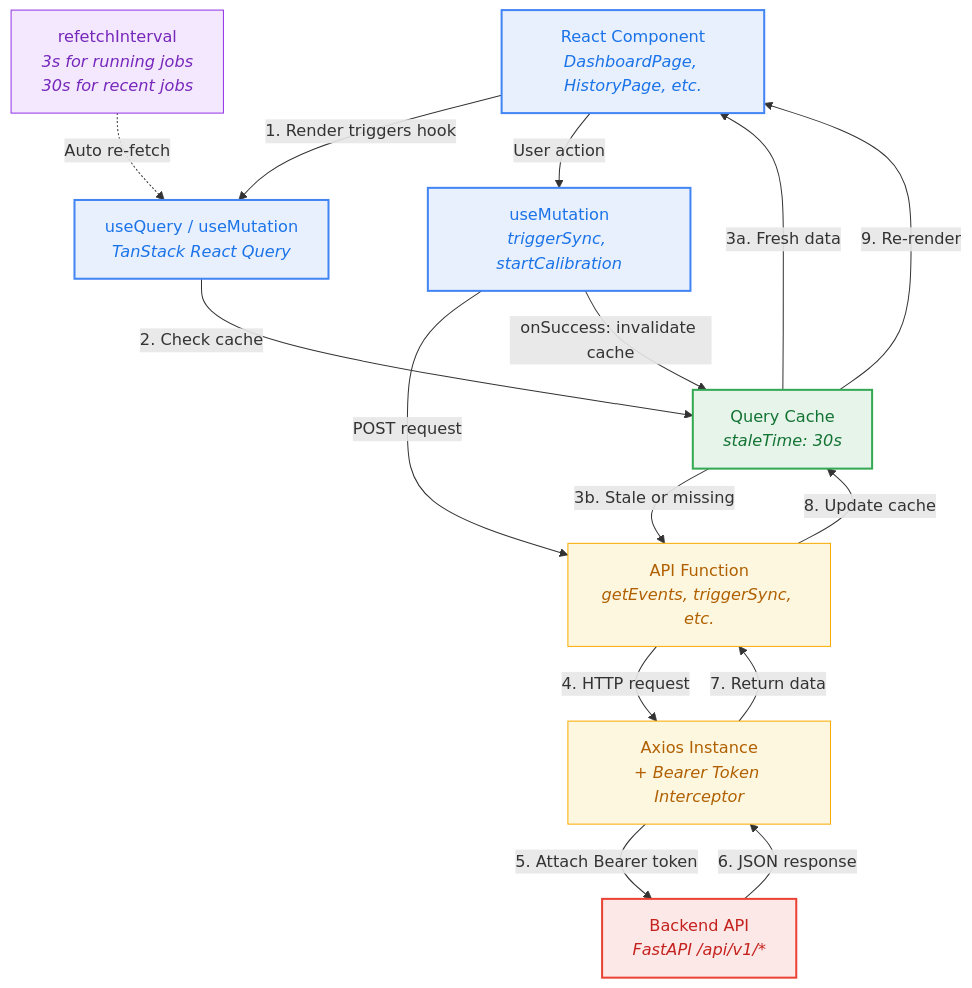
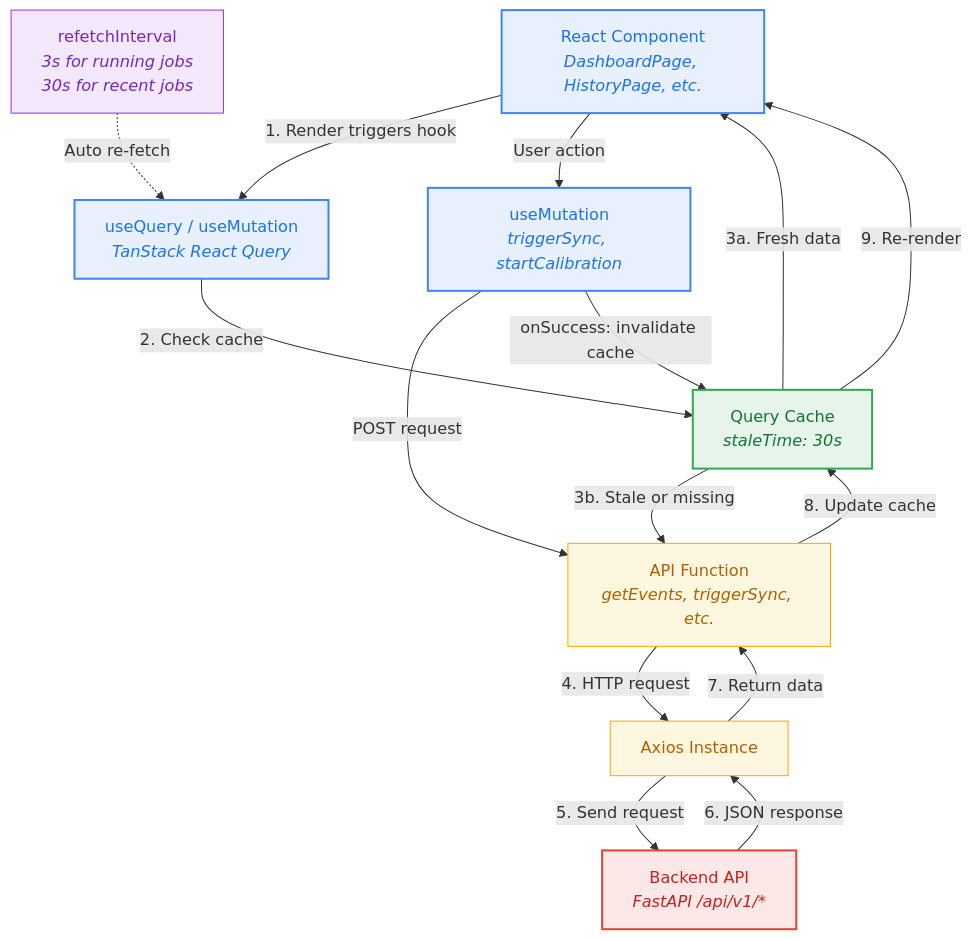
One commit to jaalduna/sql-databricks-bridge changed the diagram in docs/diagrams/frontend/frontend-react-query-flow.mmd. Above: the diagram before and after it, drawn with Mermaid. The commit also changed 10 other files, not shown here.

First line of the commit message:
docs: update backend and frontend documentation, remove obsolete diagrams

```diff
--- a/docs/diagrams/frontend/frontend-react-query-flow.mmd
+++ b/docs/diagrams/frontend/frontend-react-query-flow.mmd
@@ -1,40 +1,40 @@
 flowchart TD
     Comp["React Component<br/><i>DashboardPage, HistoryPage, etc.</i>"]
     Hook["useQuery / useMutation<br/><i>TanStack React Query</i>"]
     Cache["Query Cache<br/><i>staleTime: 30s</i>"]
     ApiFn["API Function<br/><i>getEvents, triggerSync, etc.</i>"]
-    Axios["Axios Instance<br/><i>+ Bearer Token Interceptor</i>"]
+    Axios["Axios Instance"]
     Backend["Backend API<br/><i>FastAPI /api/v1/*</i>"]
 
     Comp -->|"1. Render triggers hook"| Hook
     Hook -->|"2. Check cache"| Cache
 
     Cache -->|"3a. Fresh data"| Comp
     Cache -->|"3b. Stale or missing"| ApiFn
 
     ApiFn -->|"4. HTTP request"| Axios
-    Axios -->|"5. Attach Bearer token"| Backend
+    Axios -->|"5. Send request"| Backend
     Backend -->|"6. JSON response"| Axios
     Axios -->|"7. Return data"| ApiFn
     ApiFn -->|"8. Update cache"| Cache
     Cache -->|"9. Re-render"| Comp
 
     Poll["refetchInterval<br/><i>3s for running jobs</i><br/><i>30s for recent jobs</i>"]
     Poll -.->|"Auto re-fetch"| Hook
 
     Mut["useMutation<br/><i>triggerSync, startCalibration</i>"]
     Comp -->|"User action"| Mut
     Mut -->|"POST request"| ApiFn
     Mut -->|"onSuccess: invalidate cache"| Cache
 
     classDef react fill:#e8f0fe,stroke:#4285f4,stroke-width:2px,color:#1a73e8
     classDef cache fill:#e6f4ea,stroke:#34a853,stroke-width:2px,color:#137333
     classDef network fill:#fef7e0,stroke:#f9ab00,stroke-width:1px,color:#b06000
     classDef backend fill:#fce8e6,stroke:#ea4335,stroke-width:2px,color:#c5221f
     classDef auto fill:#f3e8fd,stroke:#9334e6,stroke-width:1px,color:#7627bb
 
     class Comp,Hook,Mut react
     class Cache cache
     class ApiFn,Axios network
     class Backend backend
     class Poll auto
```
